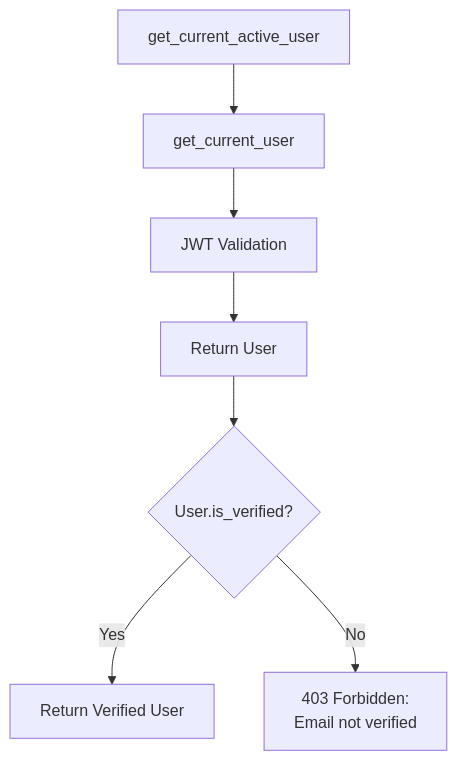
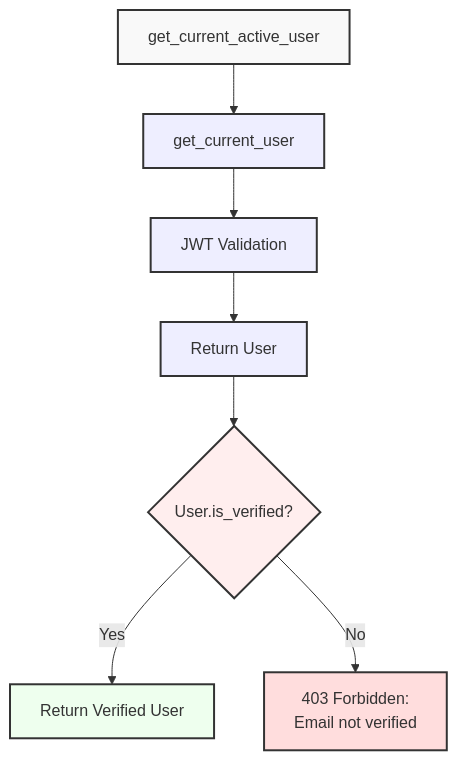
The fourth of 6 diagrams in README.md (AIgen-Solutions-s-r-l/fastapi-auth-service), drawn with Mermaid before and after one commit. The commit also changed other lines of this file, not shown here.

````diff
--- a/README.md
+++ b/README.md
@@ -116,9 +202,17 @@
    ```mermaid
    flowchart TD
        A[get_current_active_user] --> B[get_current_user]
        B --> C[JWT Validation]
        C --> D[Return User]
        D --> E{User.is_verified?}
        E -->|Yes| F[Return Verified User]
        E -->|No| G[403 Forbidden:<br>Email not verified]
+       
+       style A fill:#f9f9f9,stroke:#333,stroke-width:2px
+       style B fill:#eeeeff,stroke:#333,stroke-width:2px
+       style C fill:#eeeeff,stroke:#333,stroke-width:2px
+       style D fill:#eeeeff,stroke:#333,stroke-width:2px
+       style E fill:#ffeeee,stroke:#333,stroke-width:2px
+       style F fill:#eeffee,stroke:#333,stroke-width:2px
+       style G fill:#ffdddd,stroke:#333,stroke-width:2px
    ```
````
